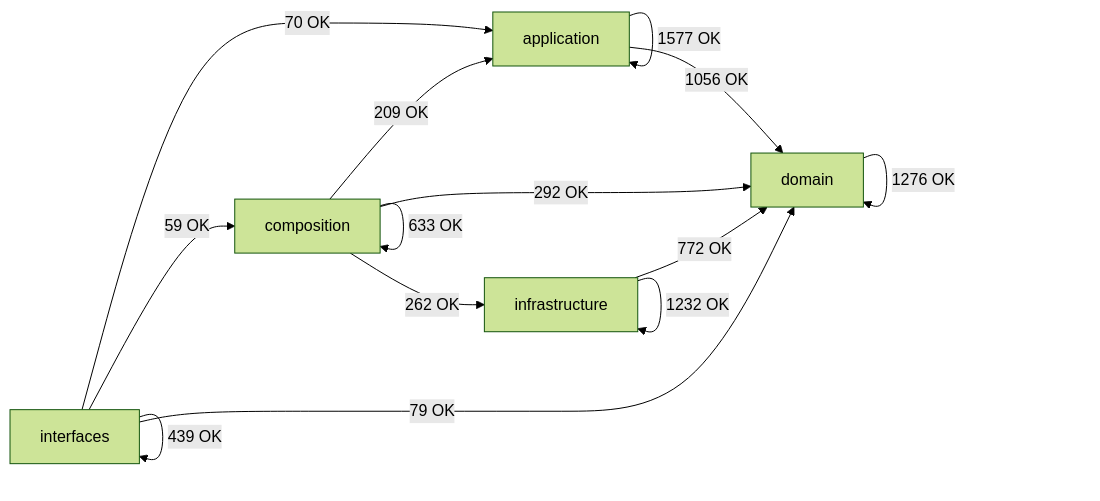
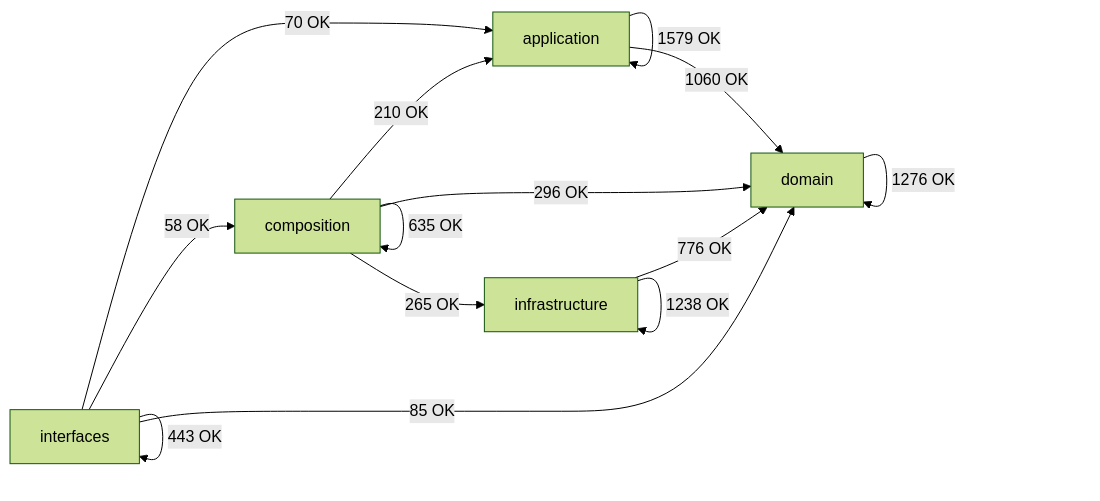
The diagram in docs/02-architecture/generated/module-dependency-map.md (SatoryKono/BioactivityDataAcquisition), drawn with Mermaid (forest theme) before and after one commit. The commit also changed other lines of this file and 66 other files, not shown here.

````diff
--- a/docs/02-architecture/generated/module-dependency-map.md
+++ b/docs/02-architecture/generated/module-dependency-map.md
@@ -17,21 +17,21 @@
 ```mermaid
 flowchart LR
     domain[domain]
     application[application]
     infrastructure[infrastructure]
     composition[composition]
     interfaces[interfaces]
-    application -->|1577 OK| application
-    application -->|1056 OK| domain
-    composition -->|209 OK| application
-    composition -->|633 OK| composition
-    composition -->|292 OK| domain
-    composition -->|262 OK| infrastructure
+    application -->|1579 OK| application
+    application -->|1060 OK| domain
+    composition -->|210 OK| application
+    composition -->|635 OK| composition
+    composition -->|296 OK| domain
+    composition -->|265 OK| infrastructure
     domain -->|1276 OK| domain
-    infrastructure -->|772 OK| domain
-    infrastructure -->|1232 OK| infrastructure
+    infrastructure -->|776 OK| domain
+    infrastructure -->|1238 OK| infrastructure
     interfaces -->|70 OK| application
-    interfaces -->|59 OK| composition
-    interfaces -->|79 OK| domain
-    interfaces -->|439 OK| interfaces
+    interfaces -->|58 OK| composition
+    interfaces -->|85 OK| domain
+    interfaces -->|443 OK| interfaces
 ```
````
